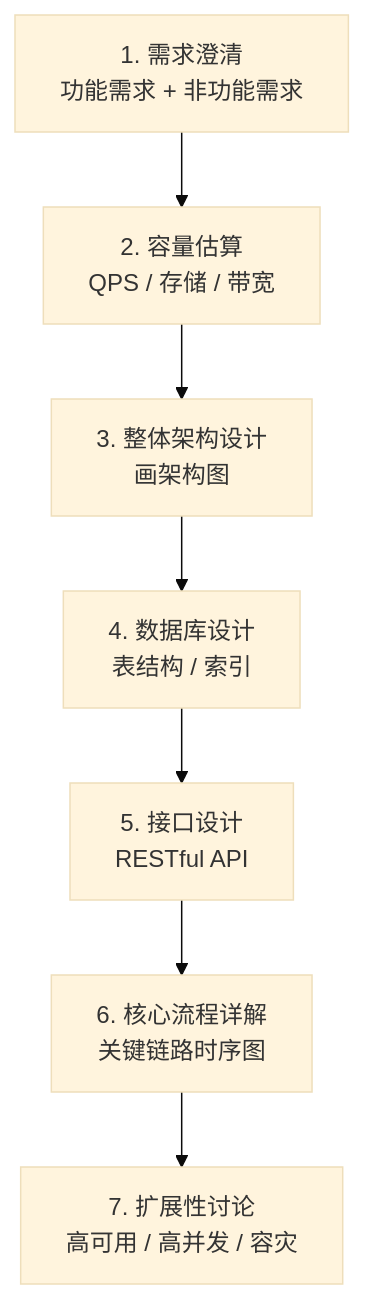
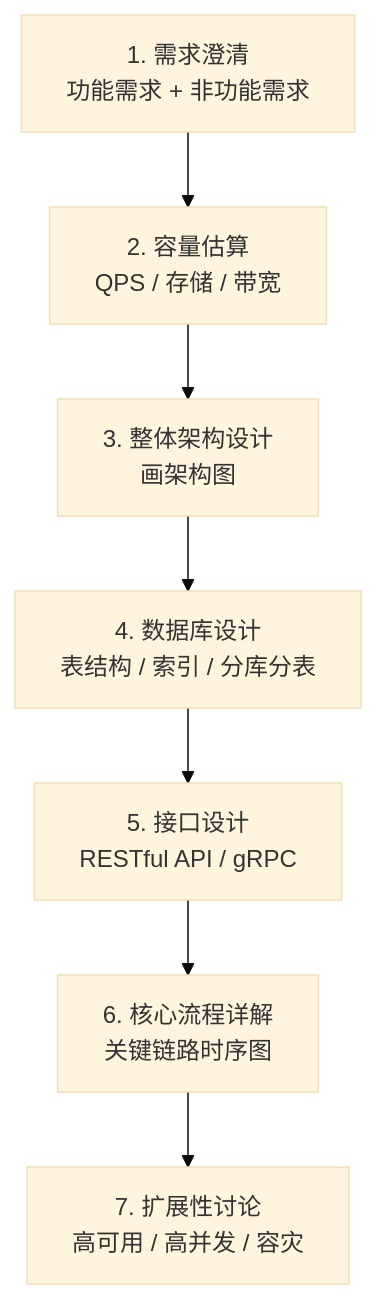
One commit to b1tzer/b1tzer.github.io changed the first of 4 diagrams in docs/09-software-engineering/07-系统设计方法论.md. Above: the diagram before and after it, drawn with Mermaid (base theme). The commit also changed other lines of this file, not shown here.

````diff
--- a/docs/09-software-engineering/07-系统设计方法论.md
+++ b/docs/09-software-engineering/07-系统设计方法论.md
@@ -13,9 +25,9 @@
 ```mermaid
 flowchart TD
-    A[1. 需求澄清<br>功能需求 + 非功能需求] --> B[2. 容量估算<br>QPS / 存储 / 带宽]
-    B --> C[3. 整体架构设计<br>画架构图]
-    C --> D[4. 数据库设计<br>表结构 / 索引]
-    D --> E[5. 接口设计<br>RESTful API]
-    E --> F[6. 核心流程详解<br>关键链路时序图]
-    F --> G[7. 扩展性讨论<br>高可用 / 高并发 / 容灾]
+    A["1. 需求澄清<br>功能需求 + 非功能需求"] --> B["2. 容量估算<br>QPS / 存储 / 带宽"]
+    B --> C["3. 整体架构设计<br>画架构图"]
+    C --> D["4. 数据库设计<br>表结构 / 索引 / 分库分表"]
+    D --> E["5. 接口设计<br>RESTful API / gRPC"]
+    E --> F["6. 核心流程详解<br>关键链路时序图"]
+    F --> G["7. 扩展性讨论<br>高可用 / 高并发 / 容灾"]
 ```
````
